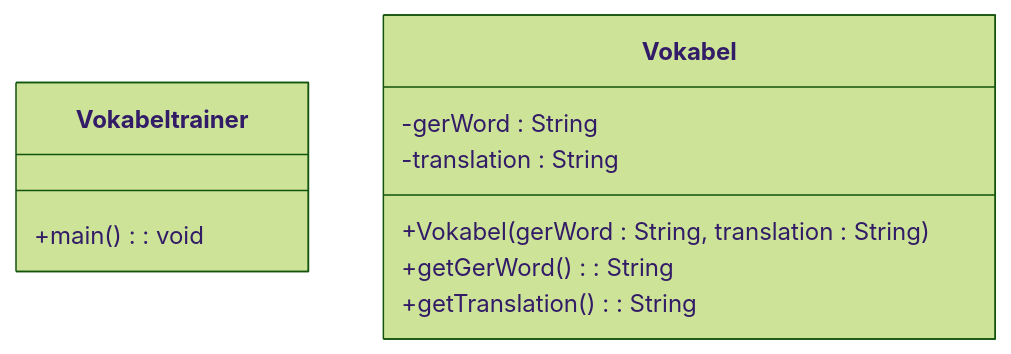
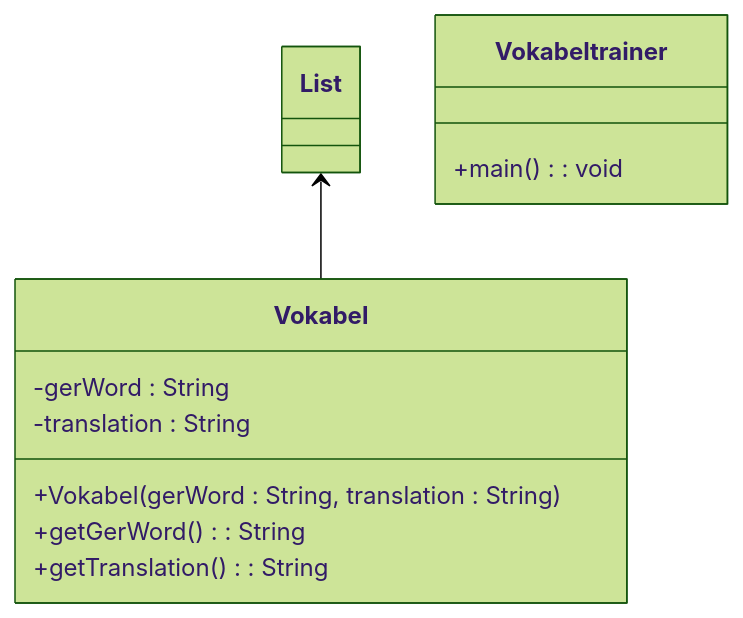
The diagram in book/lineareDatenstrukturen/loesungen/s75nr2List.md (rueckertgym/begleitmaterial), drawn with Mermaid (forest theme) before and after one commit.

Commit message:
Klassendiagramm List

````diff
--- a/book/lineareDatenstrukturen/loesungen/s75nr2List.md
+++ b/book/lineareDatenstrukturen/loesungen/s75nr2List.md
@@ -8,15 +8,18 @@
 ``` mermaid
 classDiagram
-    
+    List <-- Vokabel
     class Vokabeltrainer{
       +main() : void
     }
 
     class Vokabel{
         -gerWord : String
         -translation : String
         +Vokabel(gerWord : String, translation : String)
         +getGerWord() : String
         +getTranslation() : String
         }
+    class List{
+
+    }
 ```
````
